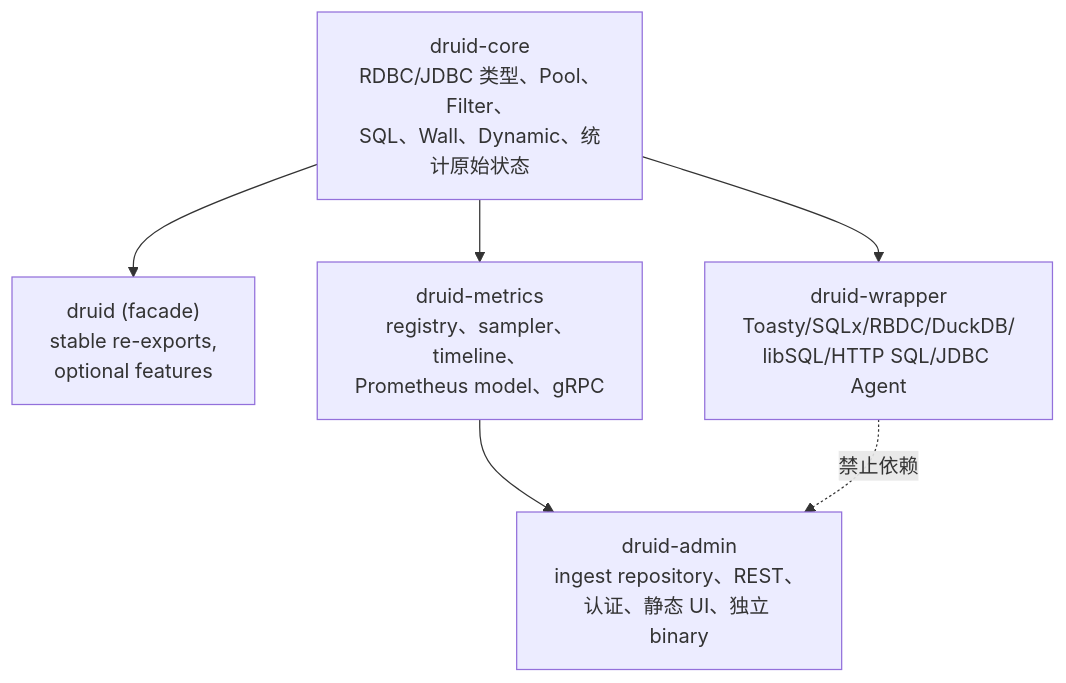
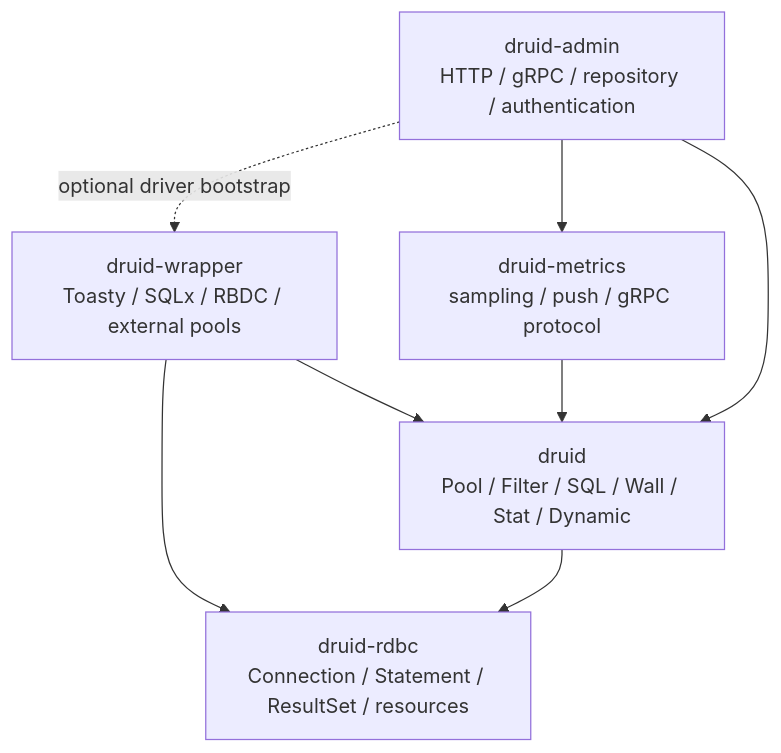
One commit to easy-4-rust/druid-rust changed the first of 2 diagrams in README.zh-CN.md. Above: the diagram before and after it, drawn with Mermaid. The commit also changed other lines of this file and 1384 other files, not shown here.

````diff
--- a/README.zh-CN.md
+++ b/README.zh-CN.md
@@ -213,14 +152,10 @@
 ```mermaid
 flowchart TD
-    CORE["druid-core<br/>RDBC/JDBC 类型、Pool、Filter、<br/>SQL、Wall、Dynamic、统计原始状态"]
-    FACADE["druid (facade)<br/>stable re-exports,<br/>optional features"]
-    WRAPPER["druid-wrapper<br/>Toasty/SQLx/RBDC/DuckDB/<br/>libSQL/HTTP SQL/JDBC Agent"]
-    METRICS["druid-metrics<br/>registry、sampler、timeline、<br/>Prometheus model、gRPC"]
-    ADMIN["druid-admin<br/>ingest repository、REST、<br/>认证、静态 UI、独立 binary"]
-
-    CORE --> FACADE
-    CORE --> WRAPPER
-    CORE --> METRICS
-    METRICS --> ADMIN
-    WRAPPER -. "禁止依赖" .-> ADMIN
+    WRAPPER["druid-wrapper<br/>Toasty / SQLx / RBDC / external pools"] --> DRUID["druid<br/>Pool / Filter / SQL / Wall / Stat / Dynamic"]
+    WRAPPER --> RDBC["druid-rdbc<br/>Connection / Statement / ResultSet / resources"]
+    DRUID --> RDBC
+    METRICS["druid-metrics<br/>sampling / push / gRPC protocol"] --> DRUID
+    ADMIN["druid-admin<br/>HTTP / gRPC / repository / authentication"] --> METRICS
+    ADMIN --> DRUID
+    ADMIN -. "optional driver bootstrap" .-> WRAPPER
 ```
````
